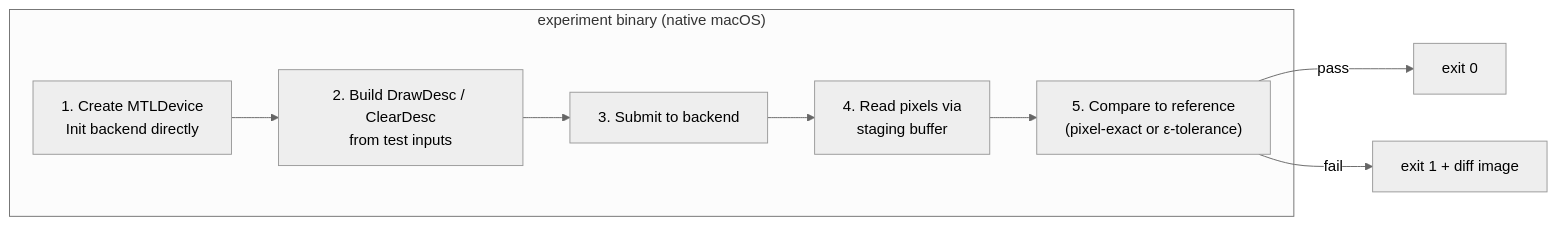
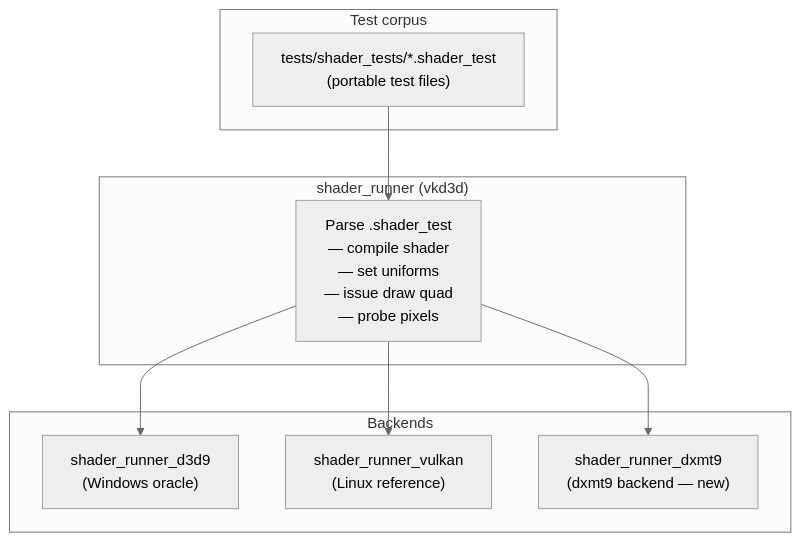
The first of 2 diagrams in specs/experiments/design.md (dfdgsdfg/dxmt9), drawn with Mermaid (neutral theme) before and after one commit. The commit also changed other lines of this file and 4 other files, not shown here.

Commit message:
Implement D3DBC control flow and missing ops

````diff
--- a/specs/experiments/design.md
+++ b/specs/experiments/design.md
@@ -14,14 +10,21 @@
 ```mermaid
-graph LR
-    subgraph Experiment["experiment binary (native macOS)"]
-        SETUP["1. Create MTLDevice\nInit backend directly"]
-        SCENE["2. Build DrawDesc / ClearDesc\nfrom test inputs"]
-        SUBMIT["3. Submit to backend"]
-        READ["4. Read pixels via\nstaging buffer"]
-        CMP["5. Compare to reference\n(pixel-exact or ε-tolerance)"]
+graph TD
+    subgraph Corpus["Test corpus"]
+        ST["tests/shader_tests/*.shader_test\n(portable test files)"]
     end
 
-    SETUP --> SCENE --> SUBMIT --> READ --> CMP
-    CMP -->|pass| EXIT0["exit 0"]
-    CMP -->|fail| EXIT1["exit 1 + diff image"]
+    subgraph Runner["shader_runner (vkd3d)"]
+        PARSE["Parse .shader_test\n— compile shader\n— set uniforms\n— issue draw quad\n— probe pixels"]
+    end
+
+    subgraph Backends
+        D3D9["shader_runner_d3d9\n(Windows oracle)"]
+        VK["shader_runner_vulkan\n(Linux reference)"]
+        DXMT9["shader_runner_dxmt9\n(dxmt9 backend — new)"]
+    end
+
+    ST --> PARSE
+    PARSE --> D3D9
+    PARSE --> VK
+    PARSE --> DXMT9
 ```
````
